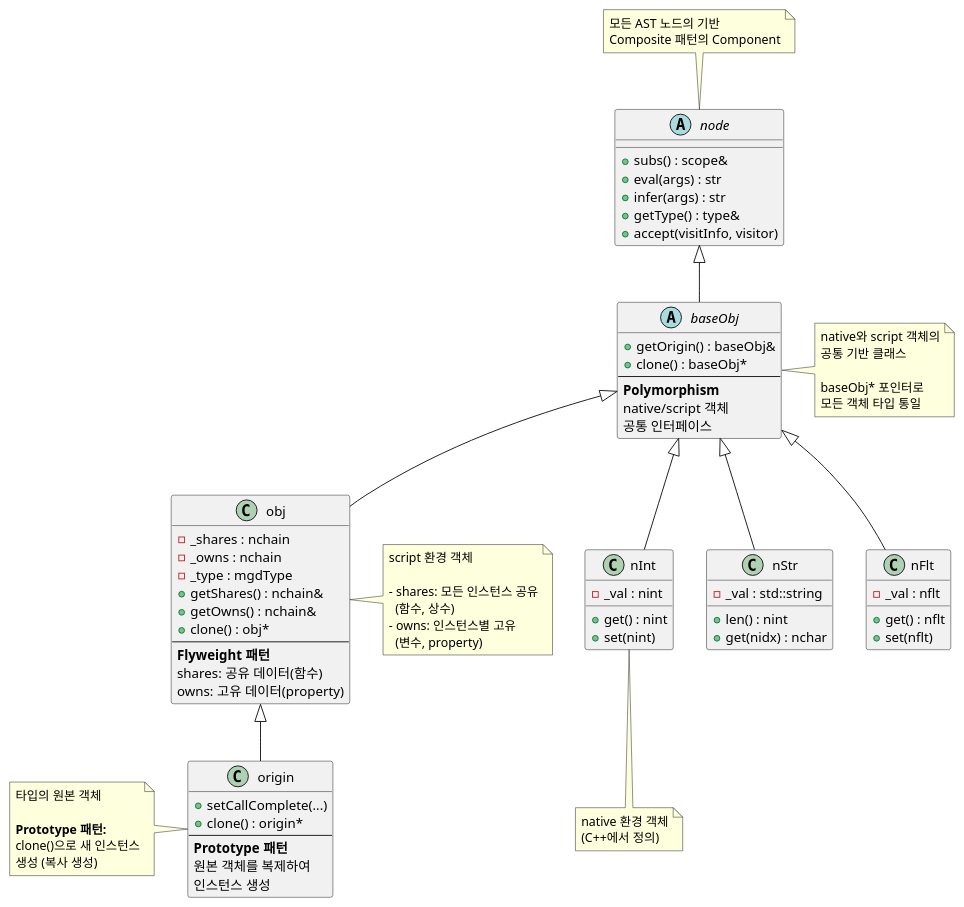
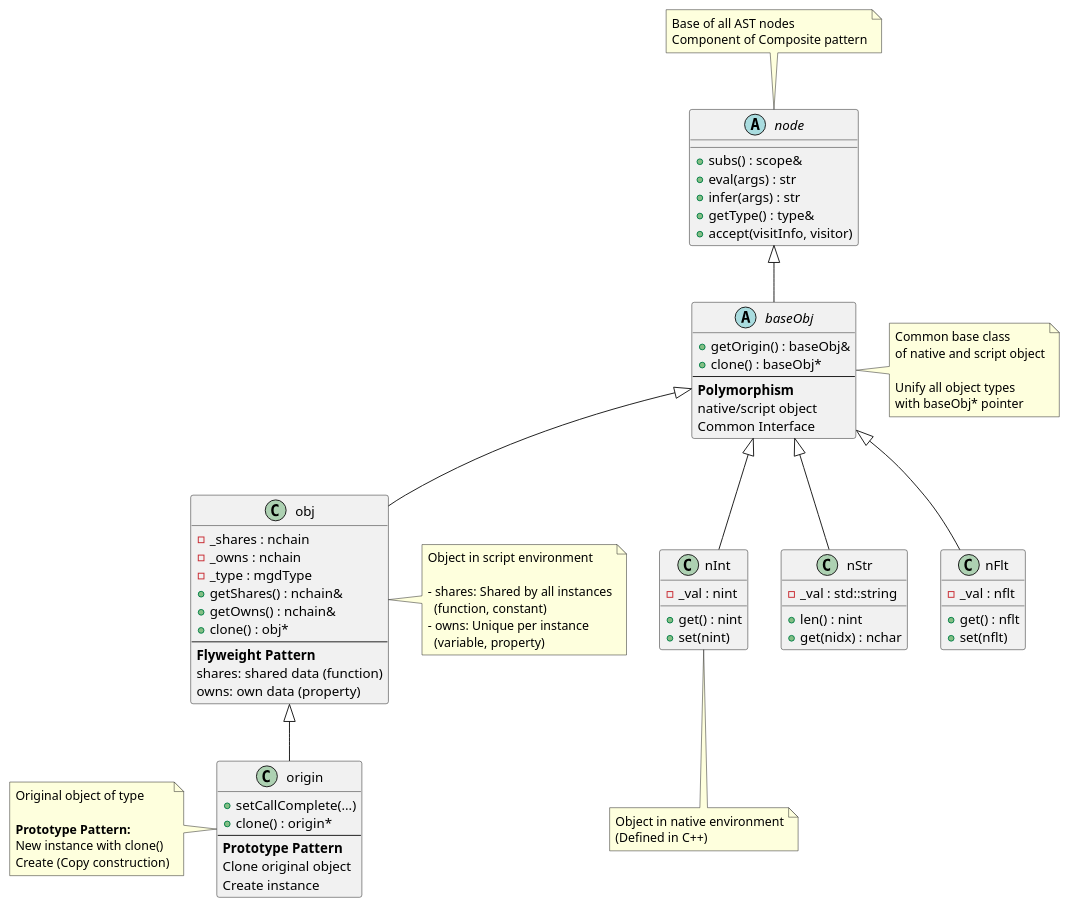
One commit to byeolang/byeol changed the fourth of 19 diagrams in doc/ref/ko/ai-architecture-core.md. Above: the diagram before and after it, drawn with PlantUML. The commit also changed other lines of this file, not shown here.

Commit message:
doc(core): translate english in plantuml to korean

```diff
--- a/doc/ref/ko/ai-architecture-core.md
+++ b/doc/ref/ko/ai-architecture-core.md
@@ -711,8 +711,8 @@
     + clone() : baseObj*
     --
     <b>Polymorphism</b>
-    native/script 객체
-    공통 인터페이스
+    native/script object
+    Common Interface
 }
 
 class obj {
@@ -723,18 +723,18 @@
     + getOwns() : nchain&
     + clone() : obj*
     --
-    <b>Flyweight 패턴</b>
-    shares: 공유 데이터(함수)
-    owns: 고유 데이터(property)
+    <b>Flyweight Pattern</b>
+    shares: shared data (function)
+    owns: own data (property)
 }
 
 class origin {
     + setCallComplete(...)
     + clone() : origin*
     --
-    <b>Prototype 패턴</b>
-    원본 객체를 복제하여
-    인스턴스 생성
+    <b>Prototype Pattern</b>
+    Clone original object
+    Create instance
 }
 
 class nInt {
@@ -756,33 +756,33 @@
 }
 
 note top of node
-  모든 AST 노드의 기반
-  Composite 패턴의 Component
+  Base of all AST nodes
+  Component of Composite pattern
 end note
 
 note right of baseObj
-  native와 script 객체의
-  공통 기반 클래스
+  Common base class
+  of native and script object
 
-  baseObj* 포인터로
-  모든 객체 타입 통일
+  Unify all object types
+  with baseObj* pointer
 end note
 
 note right of obj
-  script 환경 객체
+  Object in script environment
 
-  - shares: 모든 인스턴스 공유
-    (함수, 상수)
-  - owns: 인스턴스별 고유
-    (변수, property)
+  - shares: Shared by all instances
+    (function, constant)
+  - owns: Unique per instance
+    (variable, property)
 end note
 
 note left of origin
-  타입의 원본 객체
+  Original object of type
 
-  <b>Prototype 패턴:</b>
-  clone()으로 새 인스턴스
-  생성 (복사 생성)
+  <b>Prototype Pattern:</b>
+  New instance with clone()
+  Create (Copy construction)
 end note
 
 node <|-- baseObj
@@ -794,8 +794,8 @@
 baseObj <|-- nFlt
 
 note bottom of nInt
-  native 환경 객체
-  (C++에서 정의)
+  Object in native environment
+  (Defined in C++)
 end note
 
 @enduml
```
